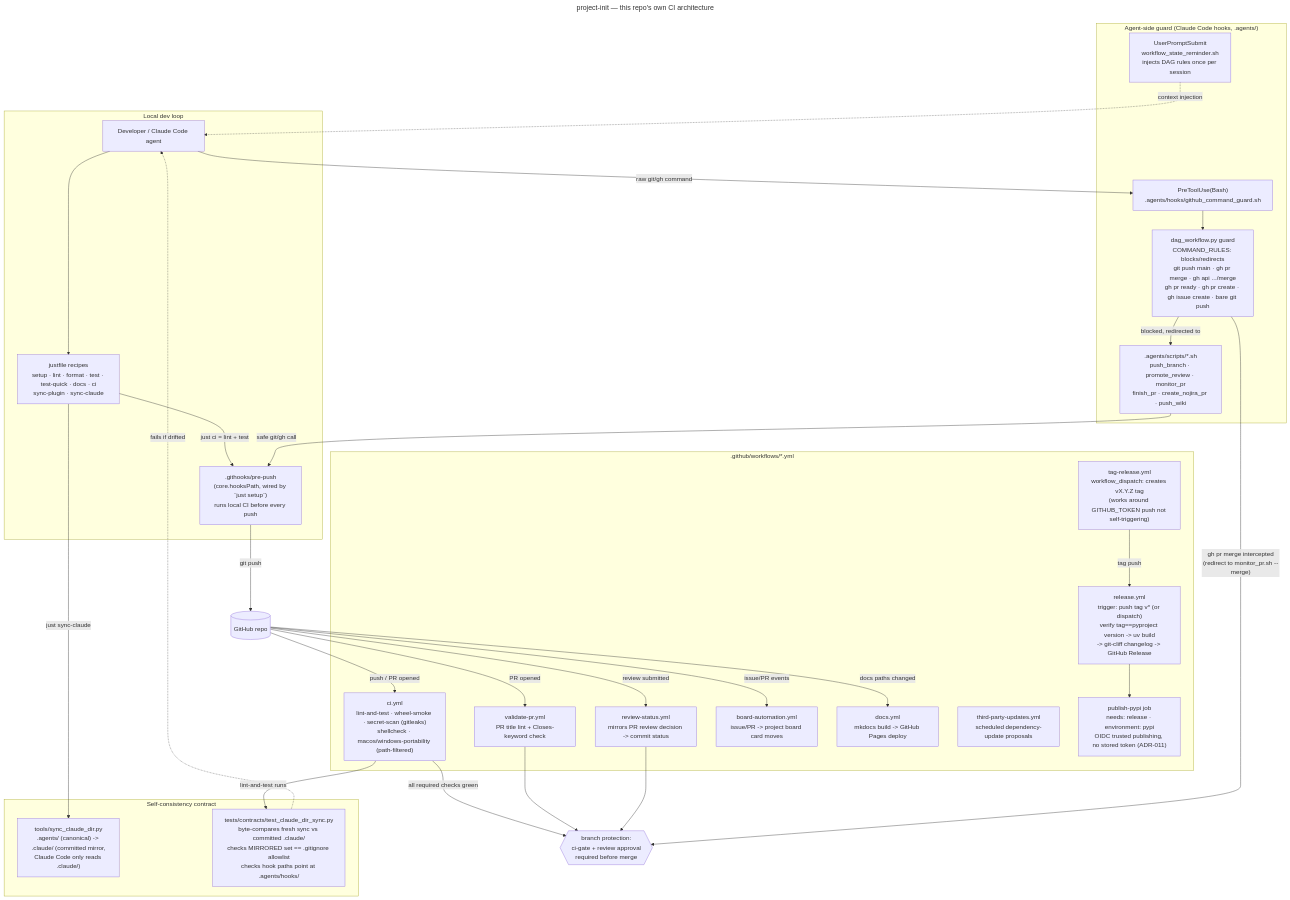
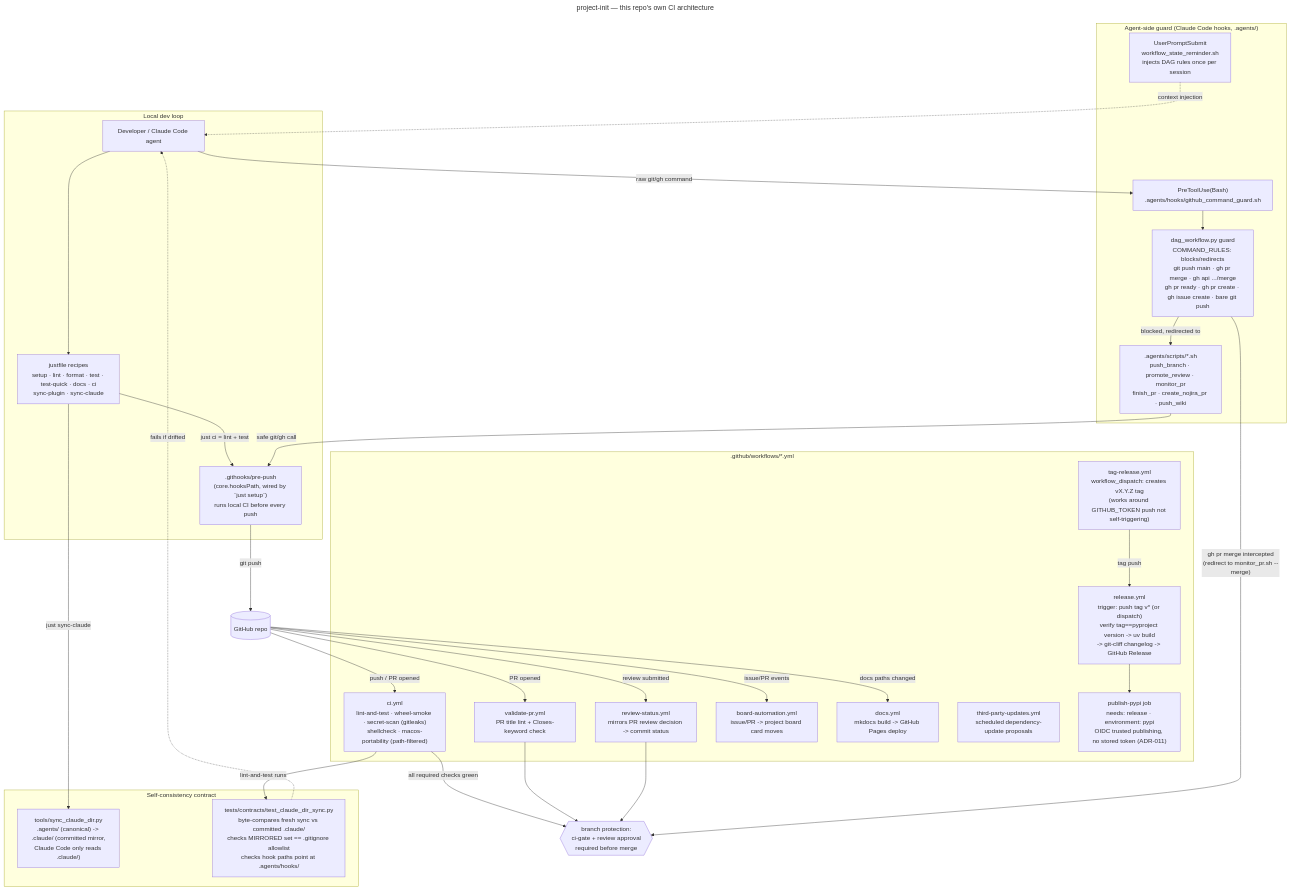
One commit to VytCepas/project-init changed the diagram in docs/diagrams/repo-ci-architecture/repo-ci-architecture.mmd. Above: the diagram before and after it, drawn with Mermaid. The commit also changed 27 other files, not shown here.

```diff
--- a/docs/diagrams/repo-ci-architecture/repo-ci-architecture.mmd
+++ b/docs/diagrams/repo-ci-architecture/repo-ci-architecture.mmd
@@ -1,57 +1,57 @@
 ---
 title: project-init — this repo's own CI architecture
 ---
 flowchart TB
     subgraph LOCAL["Local dev loop"]
         DEV["Developer / Claude Code agent"]
         JUST["justfile recipes\nsetup · lint · format · test · test-quick · docs · ci\nsync-plugin · sync-claude"]
         PREPUSH[".githooks/pre-push\n(core.hooksPath, wired by `just setup`)\nruns local CI before every push"]
         DEV --> JUST
         JUST -->|"just ci = lint + test"| PREPUSH
     end
 
     subgraph GUARD["Agent-side guard (Claude Code hooks, .agents/)"]
         PTU["PreToolUse(Bash)\n.agents/hooks/github_command_guard.sh"]
         DAG["dag_workflow.py guard\nCOMMAND_RULES: blocks/redirects\ngit push main · gh pr merge · gh api .../merge\ngh pr ready · gh pr create · gh issue create · bare git push"]
         SCRIPTS[".agents/scripts/*.sh\npush_branch · promote_review · monitor_pr\nfinish_pr · create_nojira_pr · push_wiki"]
         UPS["UserPromptSubmit\nworkflow_state_reminder.sh\ninjects DAG rules once per session"]
         DEV -->|"raw git/gh command"| PTU --> DAG
         DAG -->|"blocked, redirected to"| SCRIPTS
         SCRIPTS -->|"safe git/gh call"| PREPUSH
         UPS -.->|"context injection"| DEV
     end
 
     PREPUSH -->|"git push"| GH[("GitHub repo")]
 
     subgraph WORKFLOWS[".github/workflows/*.yml"]
-        CI["ci.yml\nlint-and-test · wheel-smoke · secret-scan (gitleaks)\nshellcheck · macos/windows-portability (path-filtered)"]
+        CI["ci.yml\nlint-and-test · wheel-smoke · secret-scan (gitleaks)\nshellcheck · macos-portability (path-filtered)"]
         VALIDATE["validate-pr.yml\nPR title lint + Closes-keyword check"]
         REVSTATUS["review-status.yml\nmirrors PR review decision -> commit status"]
         BOARD["board-automation.yml\nissue/PR -> project board card moves"]
         DOCS["docs.yml\nmkdocs build -> GitHub Pages deploy"]
         TPU["third-party-updates.yml\nscheduled dependency-update proposals"]
         TAGREL["tag-release.yml\nworkflow_dispatch: creates vX.Y.Z tag\n(works around GITHUB_TOKEN push not self-triggering)"]
         RELEASE["release.yml\ntrigger: push tag v* (or dispatch)\nverify tag==pyproject version -> uv build\n-> git-cliff changelog -> GitHub Release"]
         PUBLISH["publish-pypi job\nneeds: release · environment: pypi\nOIDC trusted publishing, no stored token (ADR-011)"]
         RELEASE --> PUBLISH
     end
 
     GH -->|"push / PR opened"| CI
     GH -->|"PR opened"| VALIDATE
     GH -->|"review submitted"| REVSTATUS
     GH -->|"issue/PR events"| BOARD
     GH -->|"docs paths changed"| DOCS
     TAGREL -->|"tag push"| RELEASE
 
     subgraph SELFCHECK["Self-consistency contract"]
         MIRROR["tools/sync_claude_dir.py\n.agents/ (canonical) -> .claude/ (committed mirror,\nClaude Code only reads .claude/)"]
         TEST["tests/contracts/test_claude_dir_sync.py\nbyte-compares fresh sync vs committed .claude/\nchecks MIRRORED set == .gitignore allowlist\nchecks hook paths point at .agents/hooks/"]
         JUST -->|"just sync-claude"| MIRROR
         CI -->|"lint-and-test runs"| TEST
         TEST -.->|"fails if drifted"| DEV
     end
 
     CI -->|"all required checks green"| MERGE{{"branch protection:\nci-gate + review approval\nrequired before merge"}}
     VALIDATE --> MERGE
     REVSTATUS --> MERGE
     DAG -->|"gh pr merge intercepted\n(redirect to monitor_pr.sh --merge)"| MERGE
```
